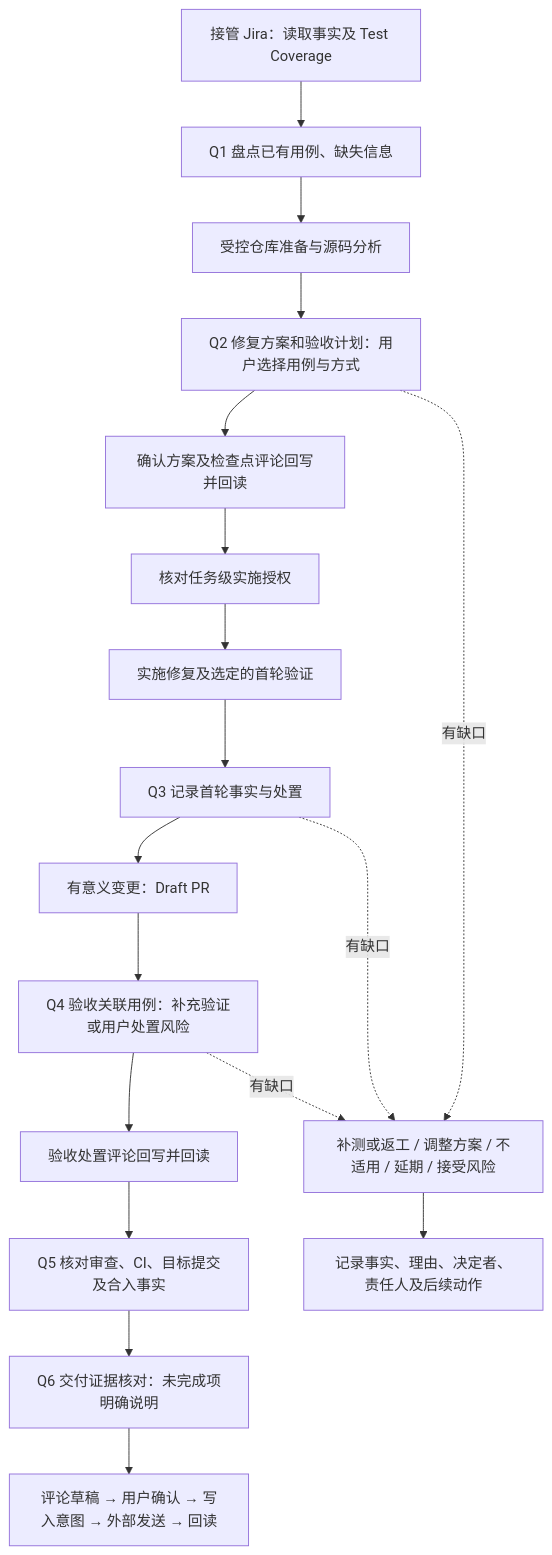
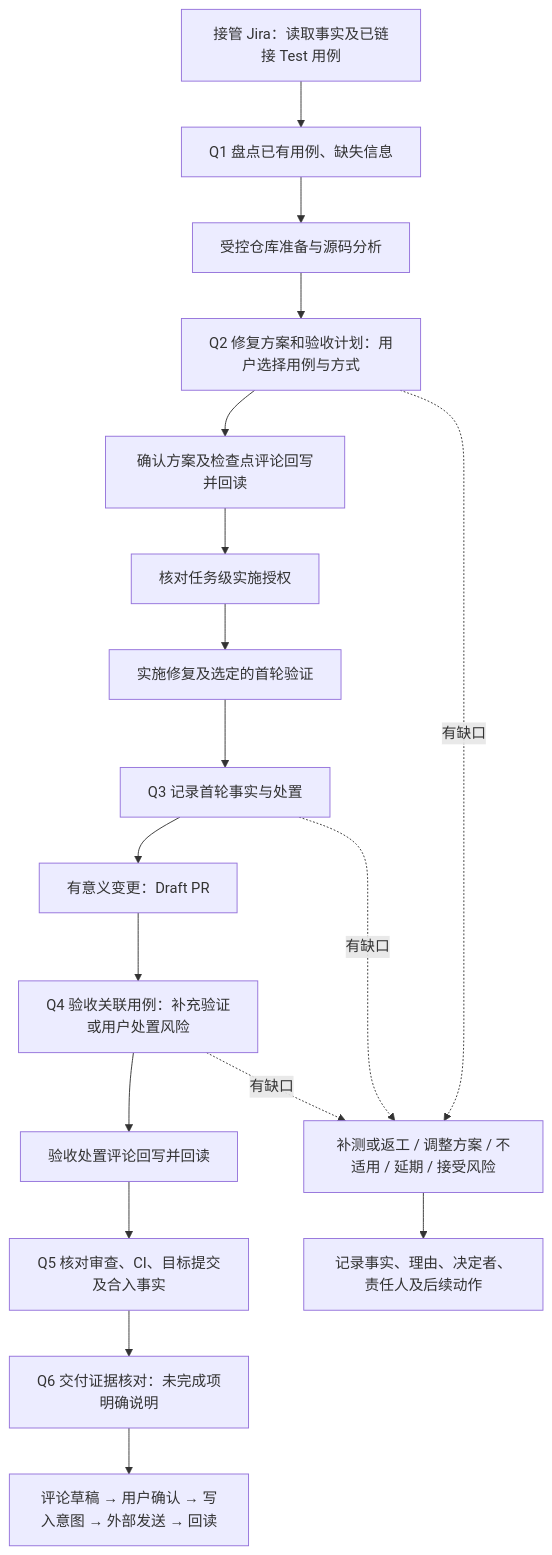
Before and after one commit to tapstate/agentic-ops: the diagram in docs/usage/quality-checkpoints.md, drawn with Mermaid. The commit also changed other lines of this file and 8 other files, not shown here.

````diff
--- a/docs/usage/quality-checkpoints.md
+++ b/docs/usage/quality-checkpoints.md
@@ -9,20 +9,20 @@
 ```mermaid
 flowchart TD
-    A[接管 Jira：读取事实及 Test Coverage] --> Q1[Q1 盘点已有用例、缺失信息]
+    A[接管 Jira：读取事实及已链接 Test 用例] --> Q1[Q1 盘点已有用例、缺失信息]
     Q1 --> B[受控仓库准备与源码分析]
     B --> Q2[Q2 修复方案和验收计划：用户选择用例与方式]
     Q2 --> J2[确认方案及检查点评论回写并回读]
     J2 --> AUTH[核对任务级实施授权]
     AUTH --> DEV[实施修复及选定的首轮验证]
     DEV --> Q3[Q3 记录首轮事实与处置]
     Q3 --> PR[有意义变更：Draft PR]
     PR --> Q4[Q4 验收关联用例：补充验证或用户处置风险]
     Q4 --> J4[验收处置评论回写并回读]
     J4 --> Q5[Q5 核对审查、CI、目标提交及合入事实]
     Q5 --> Q6[Q6 交付证据核对：未完成项明确说明]
     Q6 --> J[评论草稿 → 用户确认 → 写入意图 → 外部发送 → 回读]
     Q2 -.有缺口.-> D[补测或返工 / 调整方案 / 不适用 / 延期 / 接受风险]
     Q3 -.有缺口.-> D
     Q4 -.有缺口.-> D
     D --> R[记录事实、理由、决定者、责任人及后续动作]
 ```
````
